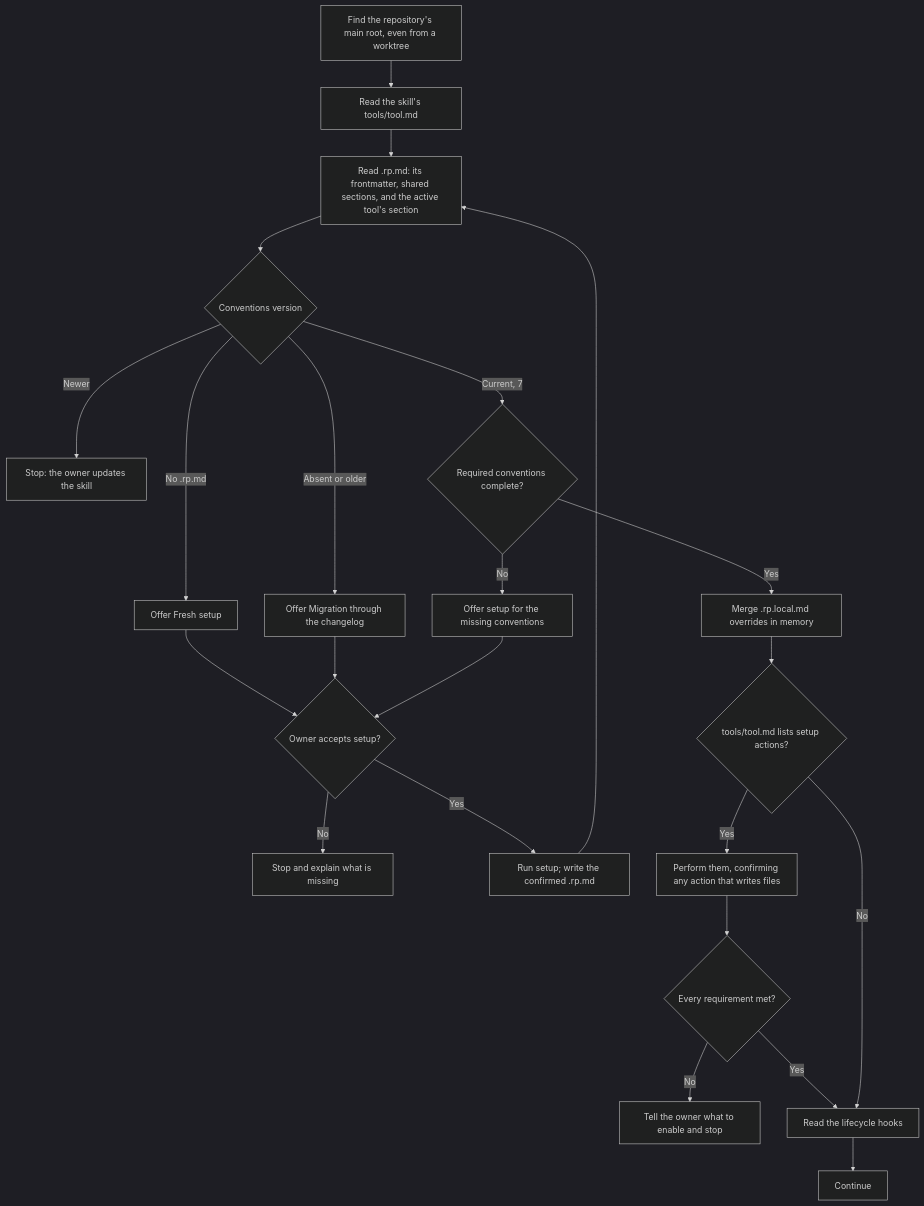
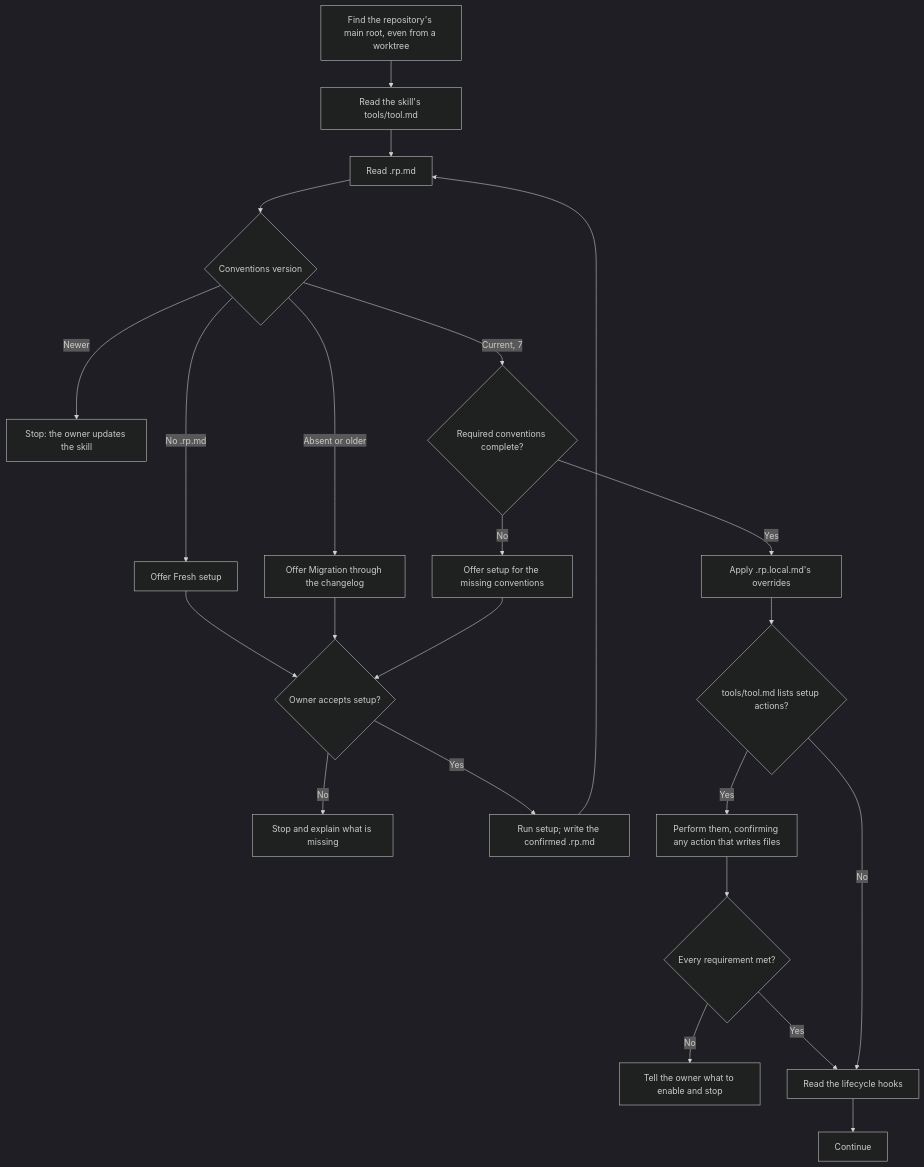
One commit to Automattic/radical-pipelines changed the diagram in docs/flowcharts/load-conventions.md. Above: the diagram before and after it, drawn with Mermaid (dark theme). The commit also changed 24 other files, not shown here.

Commit message:
Keep .rp.md free prose, split Agents into Lanes and Models, and drop the landing commit format convention and tool sections (assisted)

````diff
--- a/docs/flowcharts/load-conventions.md
+++ b/docs/flowcharts/load-conventions.md
@@ -5,25 +5,25 @@
 ```mermaid
 flowchart TD
     A["Find the repository's main root, even from a worktree"] --> B["Read the skill's tools/tool.md"]
-    B --> C["Read .rp.md: its frontmatter, shared sections, and the active tool's section"]
+    B --> C["Read .rp.md"]
     C --> H{"Conventions version"}
     H -->|No .rp.md| I["Offer Fresh setup"]
     H -->|Absent or older| J["Offer Migration through the changelog"]
     H -->|Newer| L["Stop: the owner updates the skill"]
     H -->|Current, 7| K{"Required conventions complete?"}
     I --> M{"Owner accepts setup?"}
     J --> M
     K -->|No| N["Offer setup for the missing conventions"]
     N --> M
     M -->|No| STOP["Stop and explain what is missing"]
     M -->|Yes| SETUP["Run setup; write the confirmed .rp.md"]
     SETUP --> C
-    K -->|Yes| G["Merge .rp.local.md overrides in memory"]
+    K -->|Yes| G["Apply .rp.local.md's overrides"]
     G --> T{"tools/tool.md lists setup actions?"}
     T -->|Yes| TA["Perform them, confirming any action that writes files"]
     TA --> TR{"Every requirement met?"}
     TR -->|No| TSTOP["Tell the owner what to enable and stop"]
     TR -->|Yes| P
     T -->|No| P["Read the lifecycle hooks"]
     P --> Q["Continue"]
 ```
````
